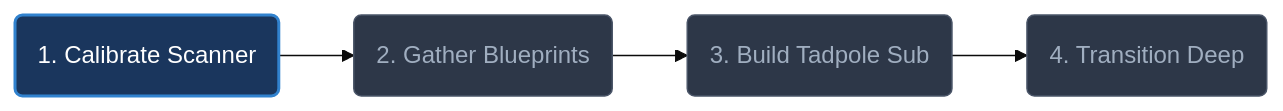
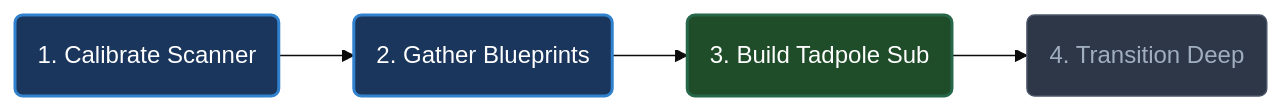
The first of 3 diagrams in TODO.md (jake-g/subnautica-2), drawn with Mermaid (base theme) before and after one commit. The commit also changed other lines of this file and 4 other files, not shown here.

````diff
--- a/TODO.md
+++ b/TODO.md
@@ -15,9 +15,10 @@
 ```mermaid
 graph LR
     classDef active fill:#1a365d,stroke:#3182ce,stroke-width:2px,color:#fff;
     classDef next fill:#2d3748,stroke:#4a5568,stroke-width:1px,color:#a0aec0;
+    classDef done fill:#1f4d29,stroke:#276749,stroke-width:2px,color:#fff;
 
-    S1(1. Calibrate Scanner):::active --> S2(2. Gather Blueprints):::next
-    S2 --> S3(3. Build Tadpole Sub):::next
+    S1(1. Calibrate Scanner):::active --> S2(2. Gather Blueprints):::active
+    S2 --> S3(3. Build Tadpole Sub):::done
     S3 --> S4(4. Transition Deep):::next
 ```
````
